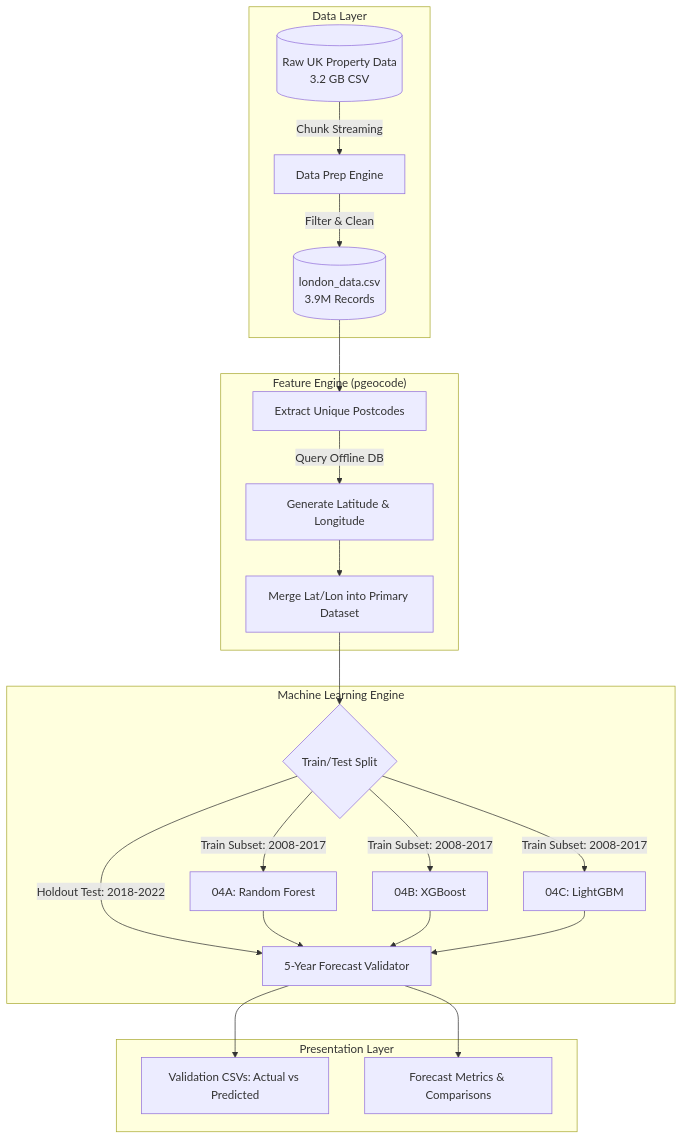
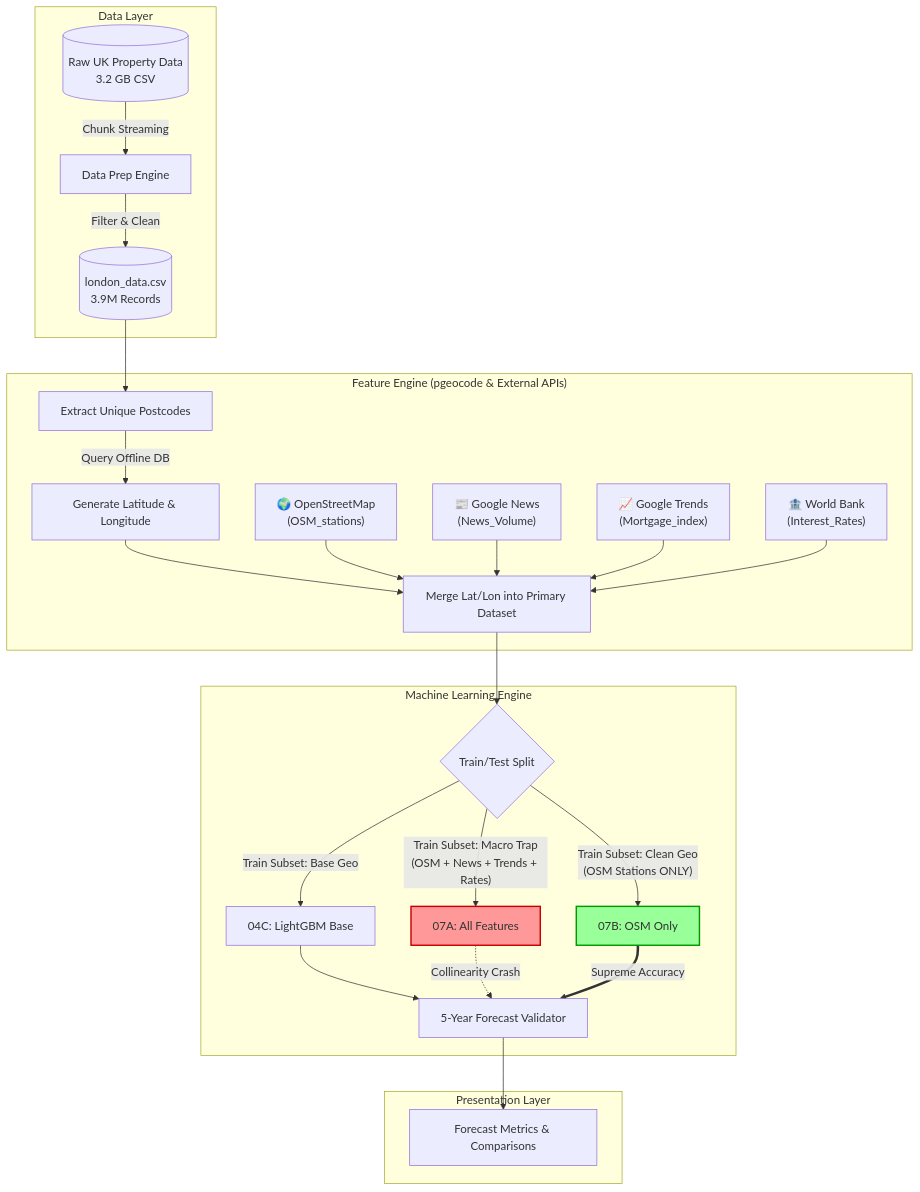
One commit to SuyeshaMitra/Real_Estate_Demand_Estmation changed the first of 2 diagrams in README.md. Above: the diagram before and after it, drawn with Mermaid. The commit also changed other lines of this file, not shown here.

Commit message:
Enhance Readme visual Mermaid flow architecture adding detailed parameter blocks capturing the 4 external feature APIs explicitly and structurally track BoE extraction logic downstream natively

````diff
--- a/README.md
+++ b/README.md
@@ -9,29 +9,46 @@
 ```mermaid
 graph TD
+    classDef highlight fill:#ff9999,stroke:#cc0000,stroke-width:2px;
+    classDef highlightB fill:#99ff99,stroke:#009900,stroke-width:2px;
+
     subgraph Data Layer
         A[(Raw UK Property Data\n3.2 GB CSV)] -->|Chunk Streaming| B[Data Prep Engine]
         B -->|Filter & Clean| C[(london_data.csv\n3.9M Records)]
     end
 
-    subgraph "Feature Engine (pgeocode)"
+    subgraph "Feature Engine (pgeocode & External APIs)"
         C --> D[Extract Unique Postcodes]
         D -->|Query Offline DB| E[Generate Latitude & Longitude]
         E --> F[Merge Lat/Lon into Primary Dataset]
+        
+        API1["🌍 OpenStreetMap<br>(OSM_stations)"]
+        API2["📰 Google News<br>(News_Volume)"]
+        API3["📈 Google Trends<br>(Mortgage_index)"]
+        API4["🏦 World Bank<br>(Interest_Rates)"]
+        
+        API1 --> F
+        API2 --> F
+        API3 --> F
+        API4 --> F
     end
 
     subgraph Machine Learning Engine
         F --> G{Train/Test Split}
-        G -->|Train Subset: 2008-2017| H[04A: Random Forest]
-        G -->|Train Subset: 2008-2017| X[04B: XGBoost]
-        G -->|Train Subset: 2008-2017| L[04C: LightGBM]
-        G -->|Holdout Test: 2018-2022| I[5-Year Forecast Validator]
-        H --> I
-        X --> I
-        L --> I
+        
+        G -->|Train Subset: Base Geo| L[04C: LightGBM Base]
+        
+        G -->|"Train Subset: Macro Trap<br>(OSM + News + Trends + Rates)"| A_Models[07A: All Features]
+        class A_Models highlight;
+        
+        G -->|"Train Subset: Clean Geo<br>(OSM Stations ONLY)"| B_Models[07B: OSM Only]
+        class B_Models highlightB;
+        
+        L --> I[5-Year Forecast Validator]
+        A_Models -.->|"Collinearity Crash"| I
+        B_Models ==>|"Supreme Accuracy"| I
     end
 
     subgraph Presentation Layer
-        I --> J[Validation CSVs: Actual vs Predicted]
         I --> K[Forecast Metrics & Comparisons]
     end
 ```
````
